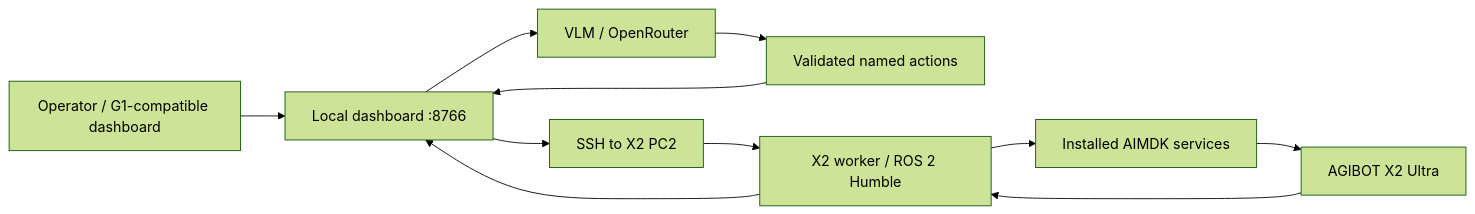
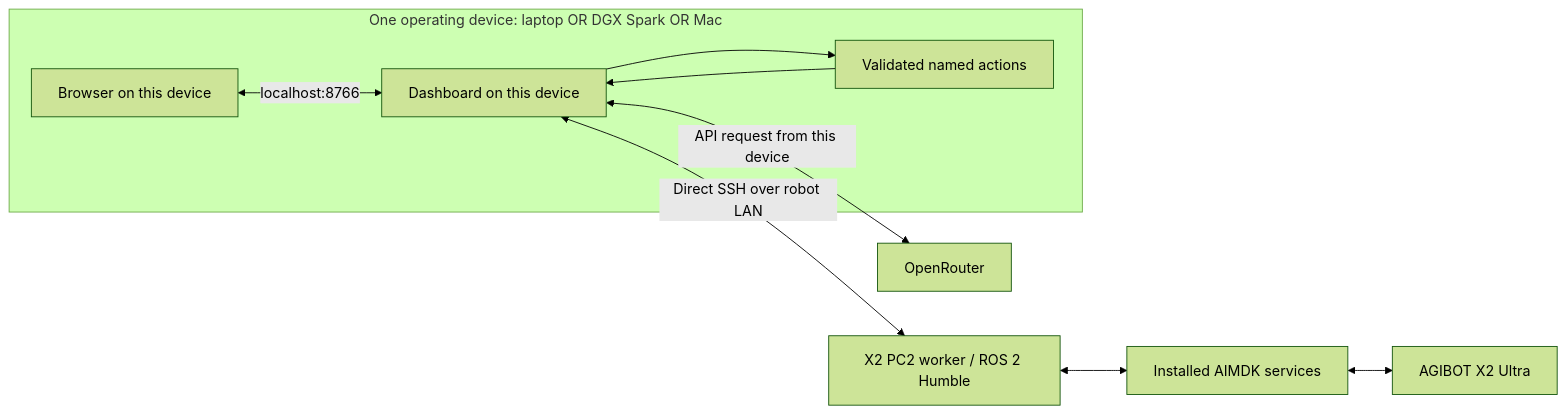
One commit to mps0927/agibot-x2 changed the diagram in diagram.mmd. Above: the diagram before and after it, drawn with Mermaid (forest theme). The commit also changed 19 other files, not shown here.

```diff
--- a/diagram.mmd
+++ b/diagram.mmd
@@ -1,11 +1,10 @@
 flowchart LR
-    O[Operator / G1-compatible dashboard] --> D[Local dashboard :8766]
-    D --> V[VLM / OpenRouter]
-    V --> P[Validated named actions]
-    P --> D
-    D --> S[SSH to X2 PC2]
-    S --> W[X2 worker / ROS 2 Humble]
-    W --> M[Installed AIMDK services]
-    M --> X[AGIBOT X2 Ultra]
-    X --> W
-    W --> D
+    subgraph HOST[One operating device: laptop OR DGX Spark OR Mac]
+        B[Browser on this device] <-->|localhost:8766| D[Dashboard on this device]
+        D --> P[Validated named actions]
+        P --> D
+    end
+    D <-->|API request from this device| V[OpenRouter]
+    D <-->|Direct SSH over robot LAN| W[X2 PC2 worker / ROS 2 Humble]
+    W <--> M[Installed AIMDK services]
+    M <--> X[AGIBOT X2 Ultra]
```
